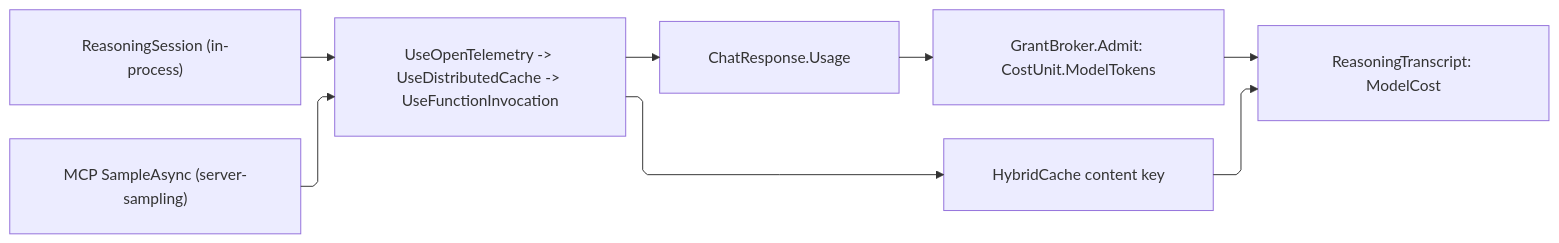
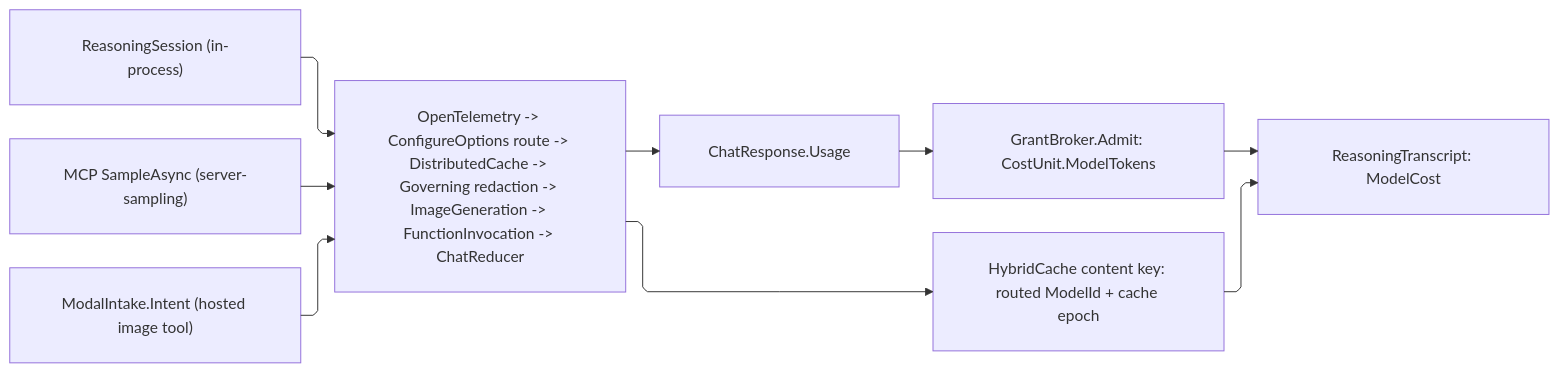
One commit to bsamiee/Rasm changed the diagram in libs/csharp/Rasm.AppHost/.planning/Agent/reasoning.md. Above: the diagram before and after it, drawn with Mermaid. The commit also changed other lines of this file and 693 other files, not shown here.

````diff
--- a/libs/csharp/Rasm.AppHost/.planning/Agent/reasoning.md
+++ b/libs/csharp/Rasm.AppHost/.planning/Agent/reasoning.md
@@ -491,19 +609,20 @@
 ```mermaid
 ---
 config:
   layout: elk
   flowchart:
     curve: linear
     padding: 25
 ---
 flowchart LR
-    accTitle: One model-governance pipeline, two front doors
-    accDescr: Both model front doors compose one ChatClientBuilder chain; usage charges the broker and the completed transcript enters the receipt fan.
+    accTitle: One model-governance pipeline, three front doors
+    accDescr: Reasoning, MCP sampling, and the image modality compose one ChatClientBuilder chain whose decorator order places routing above the cache and redaction below it; usage charges the broker and the completed transcript enters the receipt fan.
     Loop["ReasoningSession (in-process)"] --> Pipe
     Sampling["MCP SampleAsync (server-sampling)"] --> Pipe
-    Pipe["UseOpenTelemetry -> UseDistributedCache -> UseFunctionInvocation"] --> Usage["ChatResponse.Usage"]
+    Modal["ModalIntake.Intent (hosted image tool)"] --> Pipe
+    Pipe["OpenTelemetry -> ConfigureOptions route -> DistributedCache -> Governing redaction -> ImageGeneration -> FunctionInvocation -> ChatReducer"] --> Usage["ChatResponse.Usage"]
     Usage --> Charge["GrantBroker.Admit: CostUnit.ModelTokens"]
-    Pipe --> Cache["HybridCache content key"]
+    Pipe --> Cache["HybridCache content key: routed ModelId + cache epoch"]
     Charge --> Receipt["ReasoningTranscript: ModelCost"]
     Cache --> Receipt
 ```
````
